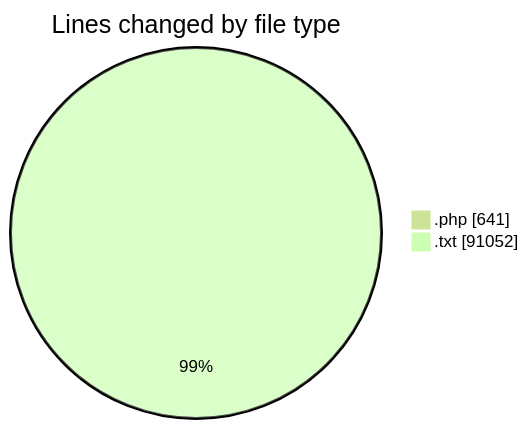
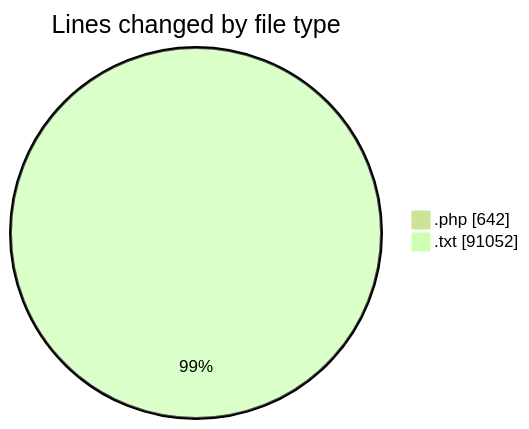
One commit to LanceThiago/code-tracking changed the first of 2 diagrams in 2026-02-09/enviarfacturas/README.md. Above: the diagram before and after it, drawn with Mermaid (forest theme). The commit also changed other lines of this file and 1 other file, not shown here.

````diff
--- a/2026-02-09/enviarfacturas/README.md
+++ b/2026-02-09/enviarfacturas/README.md
@@ -23,6 +23,6 @@
 ```mermaid
 pie showData
 title Lines changed by file type
-".php" : 641
+".php" : 642
 ".txt" : 91052
 ```
````
